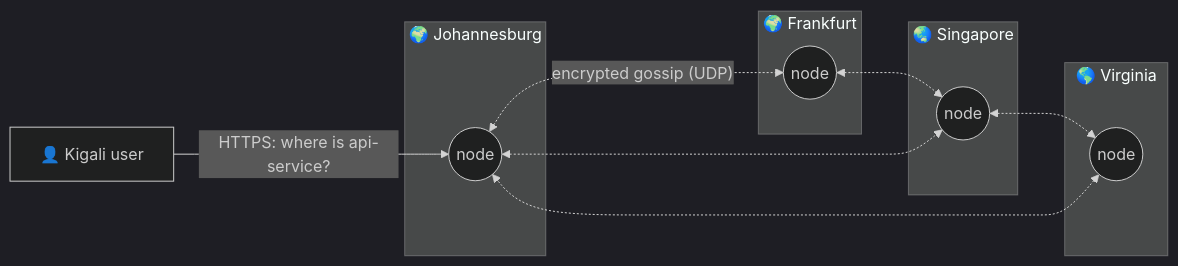
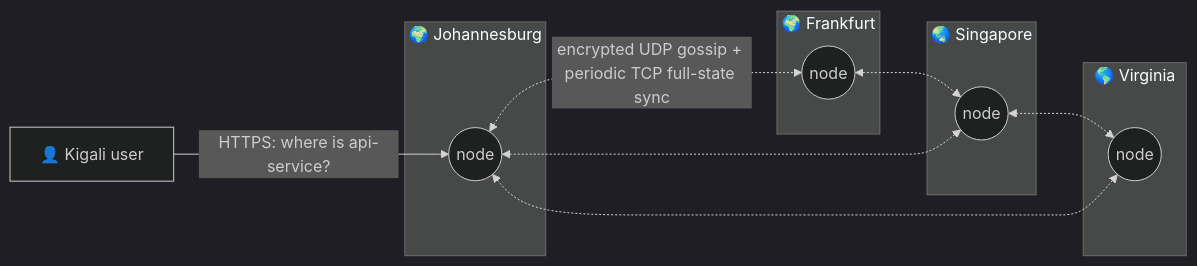
Before and after one commit to manziosee/atlas: the first of 2 diagrams in README.md, drawn with Mermaid (dark theme). The commit also changed other lines of this file and 73 other files, not shown here.

First line of the commit message:
feat: implement Atlas roadmap foundations (#4)

````diff
--- a/README.md
+++ b/README.md
@@ -91,21 +92,21 @@
 ```mermaid
 flowchart LR
   subgraph JNB["🌍 Johannesburg"]
     n1((node))
   end
   subgraph FRA["🌍 Frankfurt"]
     n2((node))
   end
   subgraph SIN["🌏 Singapore"]
     n3((node))
   end
   subgraph IAD["🌎 Virginia"]
     n4((node))
   end
-  n1 <-. "encrypted gossip (UDP)" .-> n2
+  n1 <-. "encrypted UDP gossip + periodic TCP full-state sync" .-> n2
   n2 <-.-> n3
   n3 <-.-> n4
   n4 <-.-> n1
   n1 <-.-> n3
   user["👤 Kigali user"] -- "HTTPS: where is api-service?" --> n1
 ```
````
